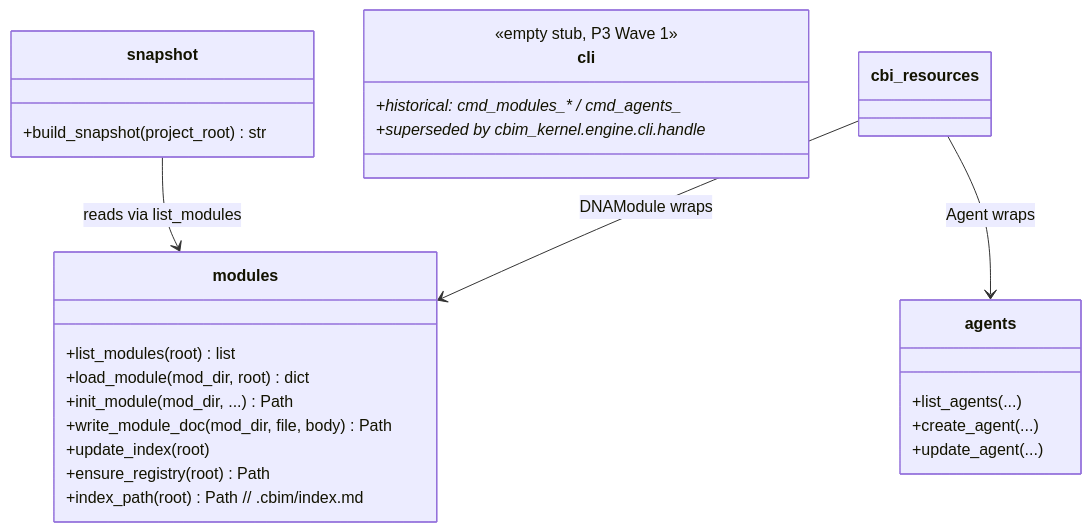
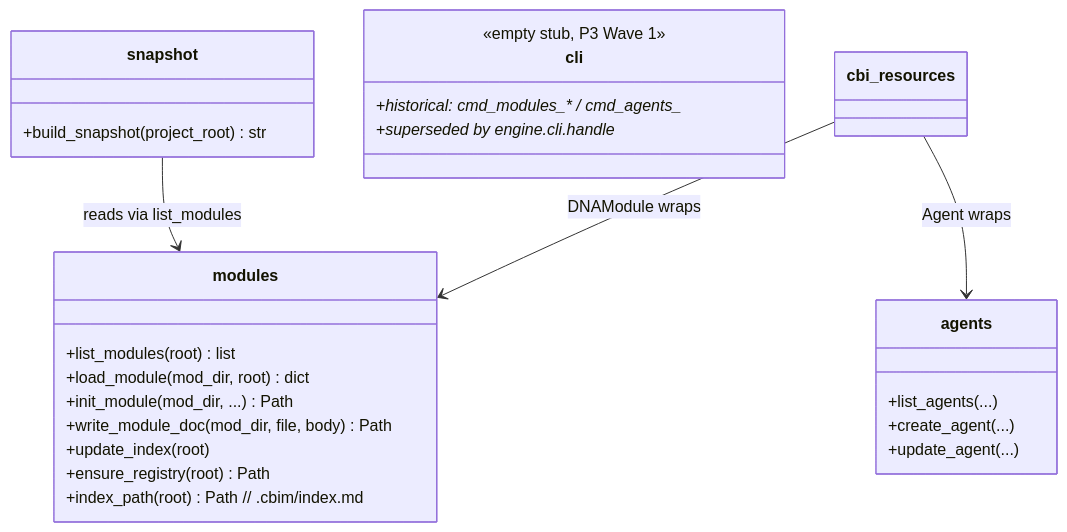
The diagram in v1/src/kernel/cbi/_primitives/.dna/module.md (nan023062/agent-team-cc), drawn with Mermaid before and after one commit. The commit also changed other lines of this file and 3 other files, not shown here.

````diff
--- a/v1/src/kernel/cbi/_primitives/.dna/module.md
+++ b/v1/src/kernel/cbi/_primitives/.dna/module.md
@@ -16,28 +16,28 @@
 ```mermaid
 classDiagram
     class modules {
         +list_modules(root) list
         +load_module(mod_dir, root) dict
         +init_module(mod_dir, ...) Path
         +write_module_doc(mod_dir, file, body) Path
         +update_index(root)
         +ensure_registry(root) Path
         +index_path(root) Path  // .cbim/index.md
     }
     class agents {
         +list_agents(...)
         +create_agent(...)
         +update_agent(...)
     }
     class snapshot {
         +build_snapshot(project_root) str
     }
     class cli {
         <<empty stub, P3 Wave 1>>
         +historical: cmd_modules_* / cmd_agents_*
-        +superseded by cbim_kernel.engine.cli._handle_*
+        +superseded by engine.cli._handle_*
     }
     cbi_resources --> modules : DNAModule wraps
     cbi_resources --> agents : Agent wraps
     snapshot --> modules : reads via list_modules
 ```
````
